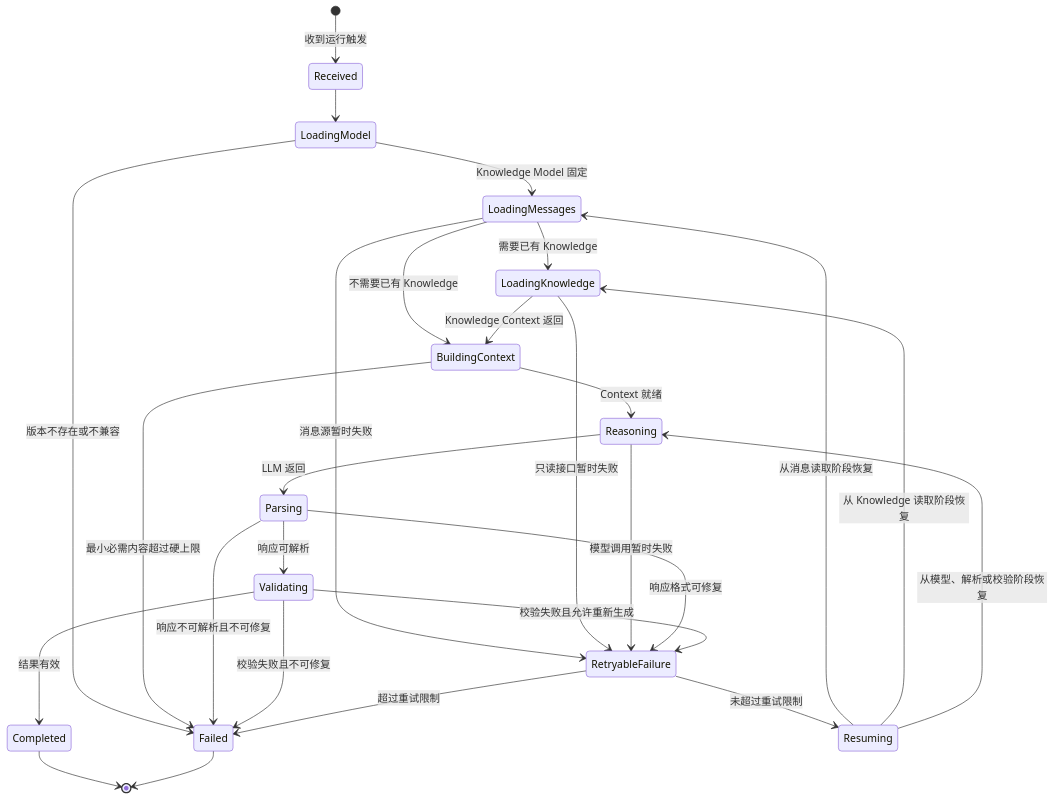
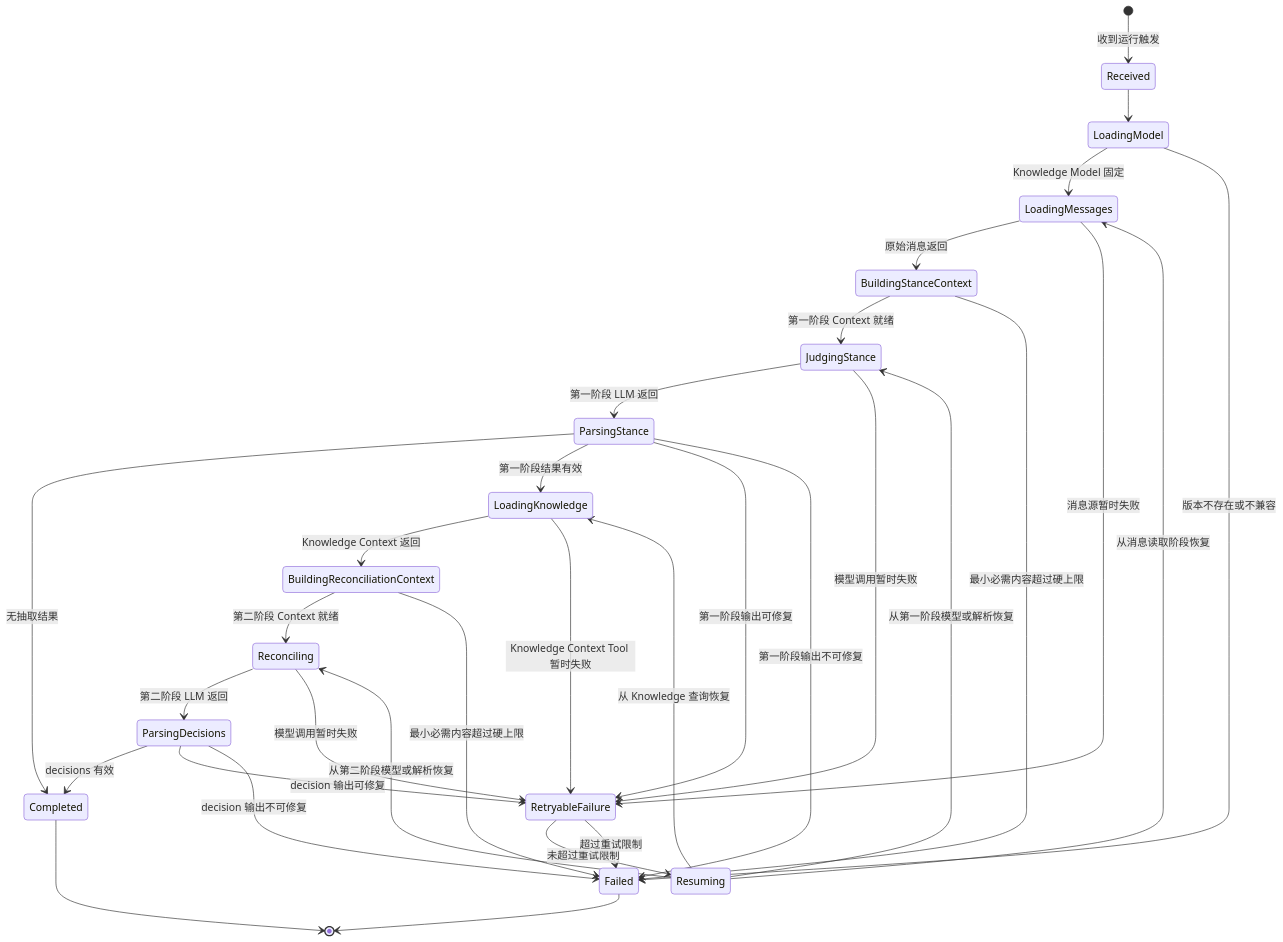
The third of 3 diagrams in zh-CN/02-workflow-and-decisions.md (gorenx/goren), drawn with Mermaid before and after one commit. The commit also changed other lines of this file and 8 other files, not shown here.

````diff
--- a/zh-CN/02-workflow-and-decisions.md
+++ b/zh-CN/02-workflow-and-decisions.md
@@ -195,39 +216,44 @@
 ```mermaid
 stateDiagram-v2
     [*] --> Received: 收到运行触发
 
     Received --> LoadingModel
     LoadingModel --> LoadingMessages: Knowledge Model 固定
     LoadingModel --> Failed: 版本不存在或不兼容
 
-    LoadingMessages --> LoadingKnowledge: 需要已有 Knowledge
-    LoadingMessages --> BuildingContext: 不需要已有 Knowledge
+    LoadingMessages --> BuildingStanceContext: 原始消息返回
     LoadingMessages --> RetryableFailure: 消息源暂时失败
 
-    LoadingKnowledge --> BuildingContext: Knowledge Context 返回
-    LoadingKnowledge --> RetryableFailure: 只读接口暂时失败
+    BuildingStanceContext --> JudgingStance: 第一阶段 Context 就绪
+    BuildingStanceContext --> Failed: 最小必需内容超过硬上限
 
-    BuildingContext --> Reasoning: Context 就绪
-    BuildingContext --> Failed: 最小必需内容超过硬上限
+    JudgingStance --> ParsingStance: 第一阶段 LLM 返回
+    JudgingStance --> RetryableFailure: 模型调用暂时失败
+    ParsingStance --> Completed: 无抽取结果
+    ParsingStance --> LoadingKnowledge: 第一阶段结果有效
+    ParsingStance --> RetryableFailure: 第一阶段输出可修复
+    ParsingStance --> Failed: 第一阶段输出不可修复
 
-    Reasoning --> Parsing: LLM 返回
-    Reasoning --> RetryableFailure: 模型调用暂时失败
+    LoadingKnowledge --> BuildingReconciliationContext: Knowledge Context 返回
+    LoadingKnowledge --> RetryableFailure: Knowledge Context Tool 暂时失败
 
-    Parsing --> Validating: 响应可解析
-    Parsing --> RetryableFailure: 响应格式可修复
-    Parsing --> Failed: 响应不可解析且不可修复
+    BuildingReconciliationContext --> Reconciling: 第二阶段 Context 就绪
+    BuildingReconciliationContext --> Failed: 最小必需内容超过硬上限
 
-    Validating --> Completed: 结果有效
-    Validating --> RetryableFailure: 校验失败且允许重新生成
-    Validating --> Failed: 校验失败且不可修复
+    Reconciling --> ParsingDecisions: 第二阶段 LLM 返回
+    Reconciling --> RetryableFailure: 模型调用暂时失败
+    ParsingDecisions --> Completed: decisions 有效
+    ParsingDecisions --> RetryableFailure: decision 输出可修复
+    ParsingDecisions --> Failed: decision 输出不可修复
 
     RetryableFailure --> Resuming: 未超过重试限制
     RetryableFailure --> Failed: 超过重试限制
 
     Resuming --> LoadingMessages: 从消息读取阶段恢复
-    Resuming --> LoadingKnowledge: 从 Knowledge 读取阶段恢复
-    Resuming --> Reasoning: 从模型、解析或校验阶段恢复
+    Resuming --> JudgingStance: 从第一阶段模型或解析恢复
+    Resuming --> LoadingKnowledge: 从 Knowledge 查询恢复
+    Resuming --> Reconciling: 从第二阶段模型或解析恢复
 
     Completed --> [*]
     Failed --> [*]
 ```
````
